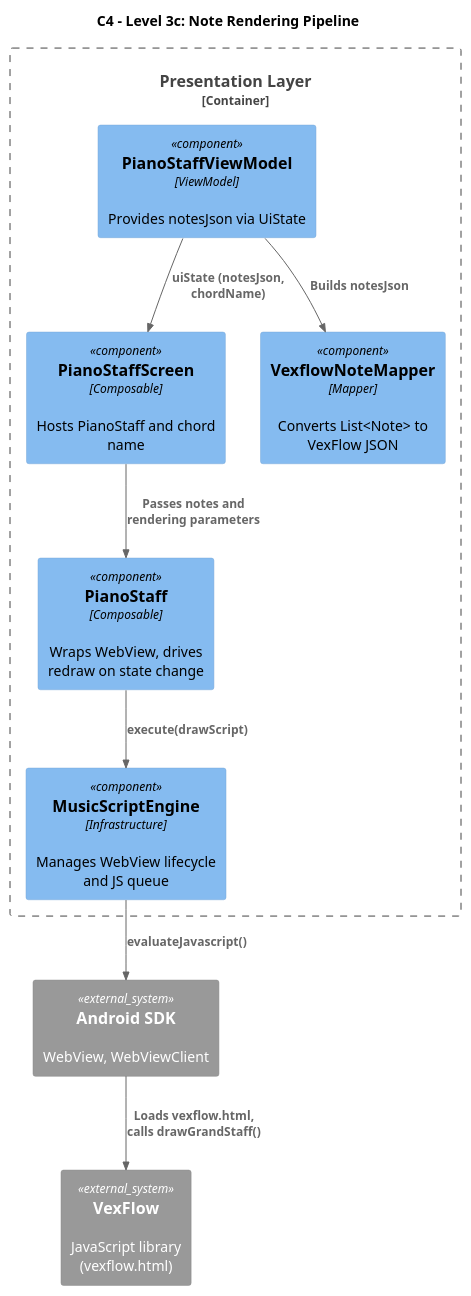
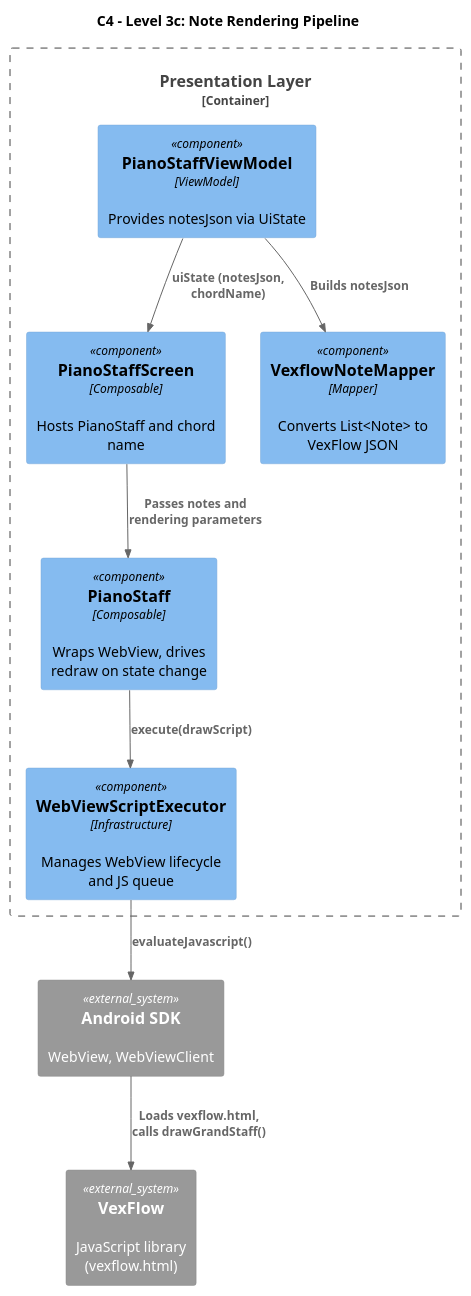
One commit to astrizhachuk/PianoFlow changed the fourth of 10 diagrams in docs/en/specs/MIDI_MESSAGE_PROCESSING.md. Above: the diagram before and after it, drawn with PlantUML. The commit also changed other lines of this file and 4 other files, not shown here.

Commit message:
refactor: заменить MusicScriptEngine на WebViewScriptExecutor для выполнения JavaScript в WebView

````diff
--- a/docs/en/specs/MIDI_MESSAGE_PROCESSING.md
+++ b/docs/en/specs/MIDI_MESSAGE_PROCESSING.md
@@ -195,29 +195,29 @@
 ```plantuml
 @startuml
 !include https://raw.githubusercontent.com/plantuml-stdlib/C4-PlantUML/master/C4_Component.puml
 
 title C4 - Level 3c: Note Rendering Pipeline
 
 System_Ext(android_sdk, "Android SDK", "WebView, WebViewClient")
 System_Ext(vexflow, "VexFlow", "JavaScript library (vexflow.html)")
 
 Container_Boundary(presentation, "Presentation Layer") {
     Component(vm, "PianoStaffViewModel", "ViewModel", "Provides notesJson via UiState")
     Component(screen, "PianoStaffScreen", "Composable", "Hosts PianoStaff and chord name")
     Component(staff, "PianoStaff", "Composable", "Wraps WebView, drives redraw on state change")
     Component(mapper, "VexflowNoteMapper", "Mapper", "Converts List<Note> to VexFlow JSON")
-    Component(engine, "MusicScriptEngine", "Infrastructure", "Manages WebView lifecycle and JS queue")
+    Component(executor, "WebViewScriptExecutor", "Infrastructure", "Manages WebView lifecycle and JS queue")
 }
 
 ' Presentation flow
 Rel(vm, mapper, "Builds notesJson")
 Rel(vm, screen, "uiState (notesJson, chordName)")
 Rel(screen, staff, "Passes notes and rendering parameters")
-Rel(staff, engine, "execute(drawScript)")
+Rel(staff, executor, "execute(drawScript)")
 
 ' Infrastructure
-Rel(engine, android_sdk, "evaluateJavascript()")
+Rel(executor, android_sdk, "evaluateJavascript()")
 Rel(android_sdk, vexflow, "Loads vexflow.html, calls drawGrandStaff()")
 
 @enduml
 ```
````
